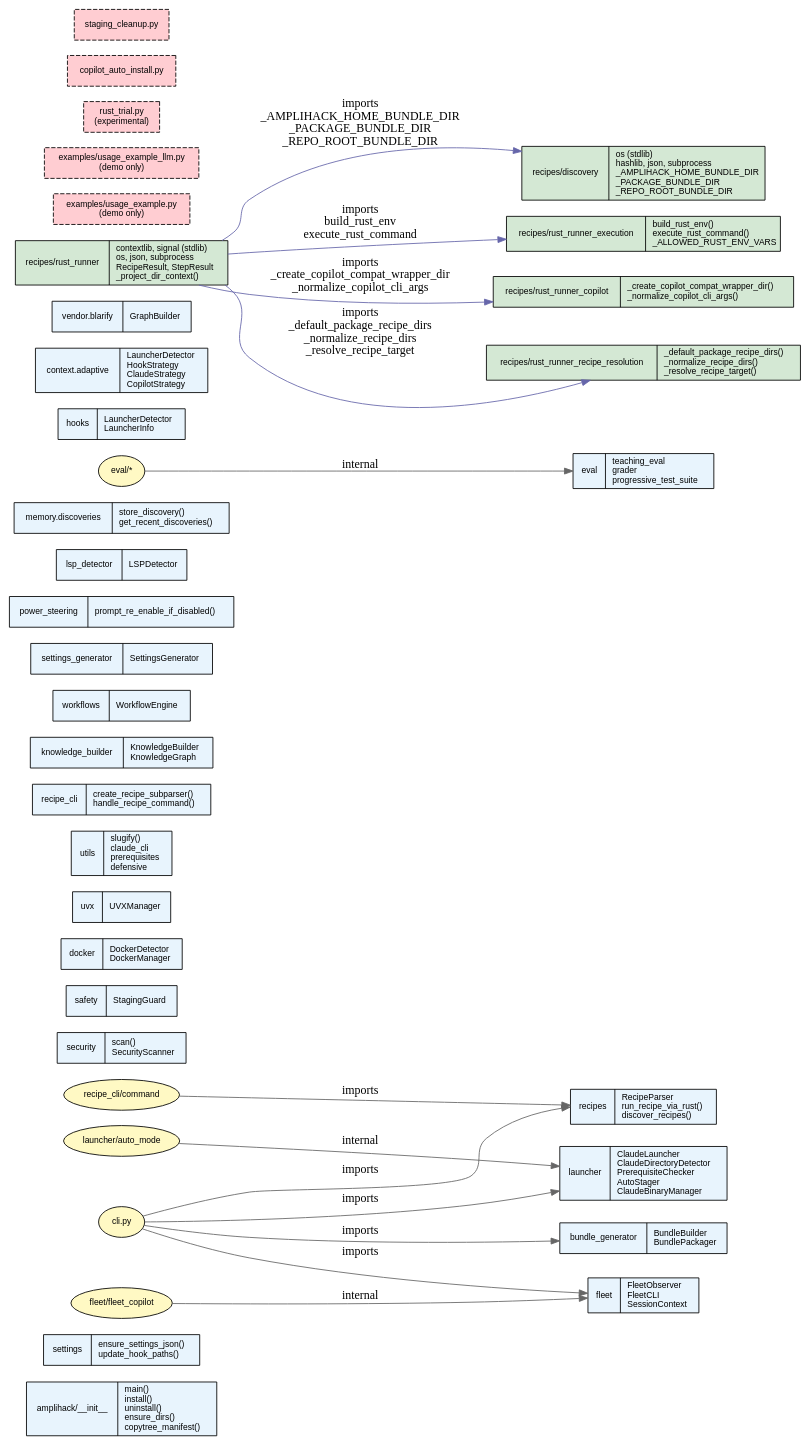
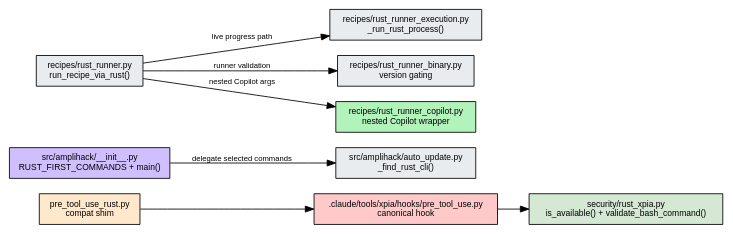
One commit to rysweet/amplihack changed the diagram in docs/atlas/ast-lsp-bindings/ast-lsp-bindings.dot. Above: the diagram before and after it, drawn with Graphviz. The commit also changed 11 other files, not shown here.

```diff
--- a/docs/atlas/ast-lsp-bindings/ast-lsp-bindings.dot
+++ b/docs/atlas/ast-lsp-bindings/ast-lsp-bindings.dot
@@ -1,71 +1,22 @@
-digraph ast_lsp_bindings {
+digraph ast_lsp_bindings_pr3500 {
     rankdir=LR;
-    fontname="Helvetica";
-    node [fontname="Helvetica", fontsize=10];
-    edge [color="#666666"];
+    node [fontname="Helvetica", fontsize=10, shape=box, style="rounded"];
+    edge [fontname="Helvetica", fontsize=9];
 
-    // Public API nodes as record shapes
-    node [shape=record, style="filled", fillcolor="#e8f4fd"];
+    xpia_hook [label=".claude/tools/xpia/hooks/pre_tool_use.py\ncanonical hook", style="filled", fillcolor="#ffc9c9"];
+    xpia_compat [label="pre_tool_use_rust.py\ncompat shim", style="filled", fillcolor="#ffe8cc"];
+    rust_xpia [label="security/rust_xpia.py\nis_available() + validate_bash_command()", style="filled", fillcolor="#d4e8d4"];
+    root_init [label="src/amplihack/__init__.py\nRUST_FIRST_COMMANDS + main()", style="filled", fillcolor="#d0bfff"];
+    auto_update [label="src/amplihack/auto_update.py\n_find_rust_cli()", style="filled", fillcolor="#e9ecef"];
+    runner [label="recipes/rust_runner.py\nrun_recipe_via_rust()", style="filled", fillcolor="#e9ecef"];
+    execution [label="recipes/rust_runner_execution.py\n_run_rust_process()", style="filled", fillcolor="#e9ecef"];
+    binary [label="recipes/rust_runner_binary.py\nversion gating", style="filled", fillcolor="#e9ecef"];
+    copilot [label="recipes/rust_runner_copilot.py\nnested Copilot wrapper", style="filled", fillcolor="#b2f2bb"];
 
-    amplihack [label="{amplihack/__init__|main()\linstall()\luninstall()\lensure_dirs()\lcopytree_manifest()\l}"];
-    settings [label="{settings|ensure_settings_json()\lupdate_hook_paths()\l}"];
-    launcher [label="{launcher|ClaudeLauncher\lClaudeDirectoryDetector\lPrerequisiteChecker\lAutoStager\lClaudeBinaryManager\l}"];
-    security [label="{security|scan()\lSecurityScanner\l}"];
-    safety [label="{safety|StagingGuard\l}"];
-    docker [label="{docker|DockerDetector\lDockerManager\l}"];
-    uvx [label="{uvx|UVXManager\l}"];
-    utils [label="{utils|slugify()\lclaude_cli\lprerequisites\ldefensive\l}"];
-    recipes [label="{recipes|RecipeParser\lrun_recipe_via_rust()\ldiscover_recipes()\l}"];
-    recipe_cli [label="{recipe_cli|create_recipe_subparser()\lhandle_recipe_command()\l}"];
-    fleet [label="{fleet|FleetObserver\lFleetCLI\lSessionContext\l}"];
-    knowledge [label="{knowledge_builder|KnowledgeBuilder\lKnowledgeGraph\l}"];
-    bundle [label="{bundle_generator|BundleBuilder\lBundlePackager\l}"];
-    workflows [label="{workflows|WorkflowEngine\l}"];
-    settings_gen [label="{settings_generator|SettingsGenerator\l}"];
-    power [label="{power_steering|prompt_re_enable_if_disabled()\l}"];
-    lsp [label="{lsp_detector|LSPDetector\l}"];
-    memory [label="{memory.discoveries|store_discovery()\lget_recent_discoveries()\l}"];
-    eval_pkg [label="{eval|teaching_eval\lgrader\lprogressive_test_suite\l}"];
-    hooks [label="{hooks|LauncherDetector\lLauncherInfo\l}"];
-    context [label="{context.adaptive|LauncherDetector\lHookStrategy\lClaudeStrategy\lCopilotStrategy\l}"];
-    vendor [label="{vendor.blarify|GraphBuilder\l}"];
-
-    // Cross-package imports
-    node [shape=ellipse, style="filled", fillcolor="#fff9c4"];
-    cli [label="cli.py"];
-    auto_mode [label="launcher/auto_mode"];
-    fleet_copilot [label="fleet/fleet_copilot"];
-    recipe_cmd [label="recipe_cli/command"];
-    eval_harness [label="eval/*"];
-
-    cli -> launcher [label="imports"];
-    cli -> fleet [label="imports"];
-    cli -> recipes [label="imports"];
-    cli -> bundle [label="imports"];
-
-    auto_mode -> launcher [label="internal"];
-    fleet_copilot -> fleet [label="internal"];
-    recipe_cmd -> recipes [label="imports"];
-    eval_harness -> eval_pkg [label="internal"];
-
-    // Intra-module: recipes/rust_runner -> recipes/discovery
-    node [shape=record, style="filled", fillcolor="#d4e8d4"];
-    rust_runner [label="{recipes/rust_runner|contextlib, signal (stdlib)\los, json, subprocess\lRecipeResult, StepResult\l_project_dir_context()\l}"];
-    discovery_mod [label="{recipes/discovery|os (stdlib)\lhashlib, json, subprocess\l_AMPLIHACK_HOME_BUNDLE_DIR\l_PACKAGE_BUNDLE_DIR\l_REPO_ROOT_BUNDLE_DIR\l}"];
-
-    rust_runner_exec [label="{recipes/rust_runner_execution|build_rust_env()\lexecute_rust_command()\l_ALLOWED_RUST_ENV_VARS\l}"];
-    rust_runner_copilot [label="{recipes/rust_runner_copilot|_create_copilot_compat_wrapper_dir()\l_normalize_copilot_cli_args()\l}"];
-    rust_runner_resolution [label="{recipes/rust_runner_recipe_resolution|_default_package_recipe_dirs()\l_normalize_recipe_dirs()\l_resolve_recipe_target()\l}"];
-
-    rust_runner -> discovery_mod [label="imports\n_AMPLIHACK_HOME_BUNDLE_DIR\n_PACKAGE_BUNDLE_DIR\n_REPO_ROOT_BUNDLE_DIR", color="#6666aa"]; // pragma: allowlist secret
-    rust_runner -> rust_runner_exec [label="imports\nbuild_rust_env\nexecute_rust_command", color="#6666aa"];
-    rust_runner -> rust_runner_copilot [label="imports\n_create_copilot_compat_wrapper_dir\n_normalize_copilot_cli_args", color="#6666aa"];
-    rust_runner -> rust_runner_resolution [label="imports\n_default_package_recipe_dirs\n_normalize_recipe_dirs\n_resolve_recipe_target", color="#6666aa"];
-    // Dead code candidates
-    node [shape=box, style="dashed,filled", fillcolor="#ffcdd2"];
-    dead1 [label="examples/usage_example.py\n(demo only)"];
-    dead2 [label="examples/usage_example_llm.py\n(demo only)"];
-    dead3 [label="rust_trial.py\n(experimental)"];
-    dead4 [label="copilot_auto_install.py"];
-    dead5 [label="staging_cleanup.py"];
+    xpia_hook -> rust_xpia;
+    xpia_compat -> xpia_hook;
+    root_init -> auto_update [label="delegate selected commands"];
+    runner -> execution [label="live progress path"];
+    runner -> binary [label="runner validation"];
+    runner -> copilot [label="nested Copilot args"];
 }
```
